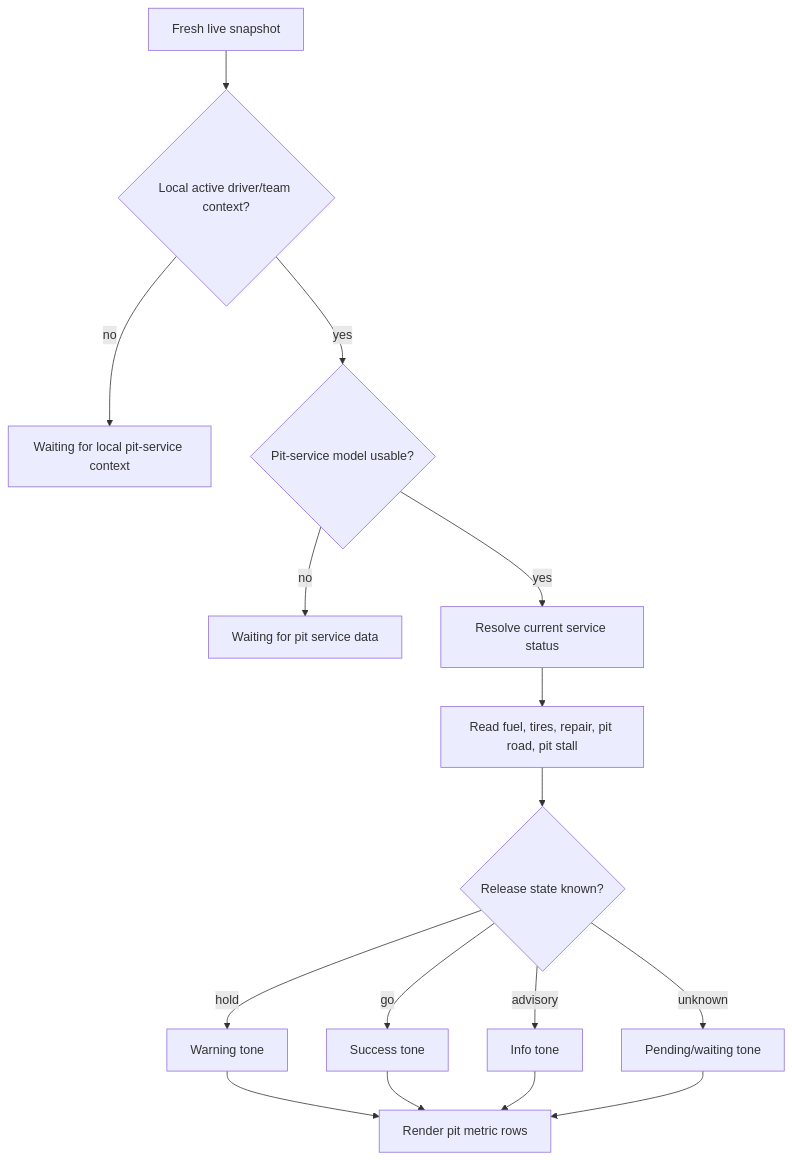
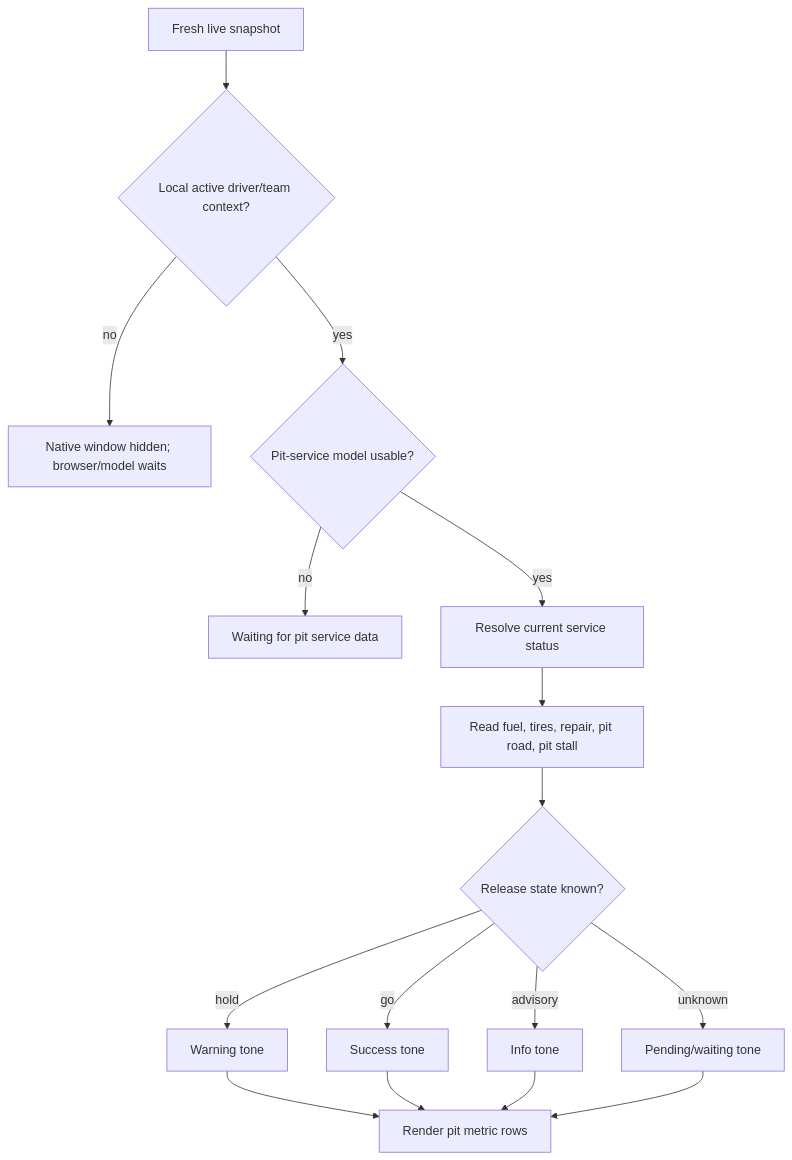
Diagram 11 of 16 in docs/overlay-flow-diagrams.md (Boucher-David/tmrOverlay), drawn with Mermaid before and after one commit. The commit also changed other lines of this file and 28 other files, not shown here.

````diff
--- a/docs/overlay-flow-diagrams.md
+++ b/docs/overlay-flow-diagrams.md
@@ -180,18 +180,18 @@
 ```mermaid
 flowchart TD
     Start["Fresh live snapshot"] --> Local{"Local active driver/team context?"}
-    Local -- no --> WaitingLocal["Waiting for local pit-service context"]
+    Local -- no --> Hidden["Native window hidden; browser/model waits"]
     Local -- yes --> Pit{"Pit-service model usable?"}
     Pit -- no --> Waiting["Waiting for pit service data"]
     Pit -- yes --> Status["Resolve current service status"]
     Status --> Requests["Read fuel, tires, repair, pit road, pit stall"]
     Requests --> Release{"Release state known?"}
     Release -- hold --> Hold["Warning tone"]
     Release -- go --> Go["Success tone"]
     Release -- advisory --> Advisory["Info tone"]
     Release -- unknown --> Pending["Pending/waiting tone"]
     Hold --> Render["Render pit metric rows"]
     Go --> Render
     Advisory --> Render
     Pending --> Render
 ```
````
